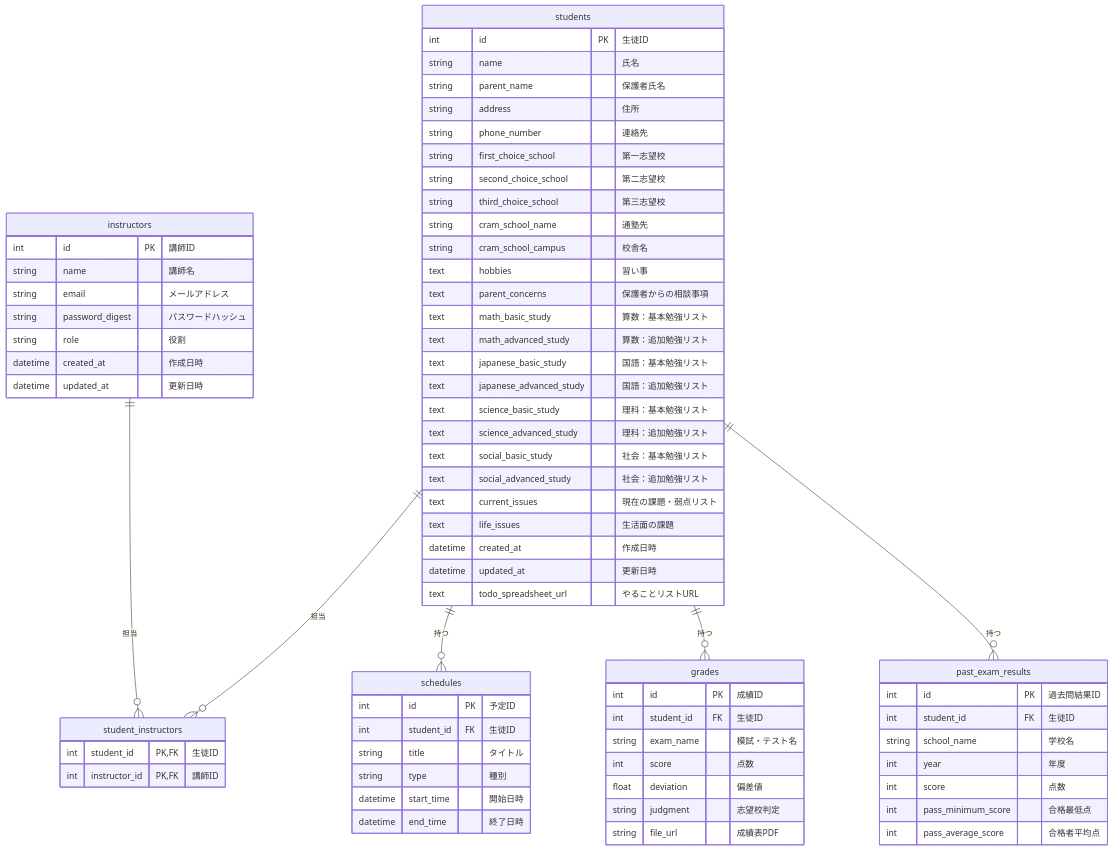
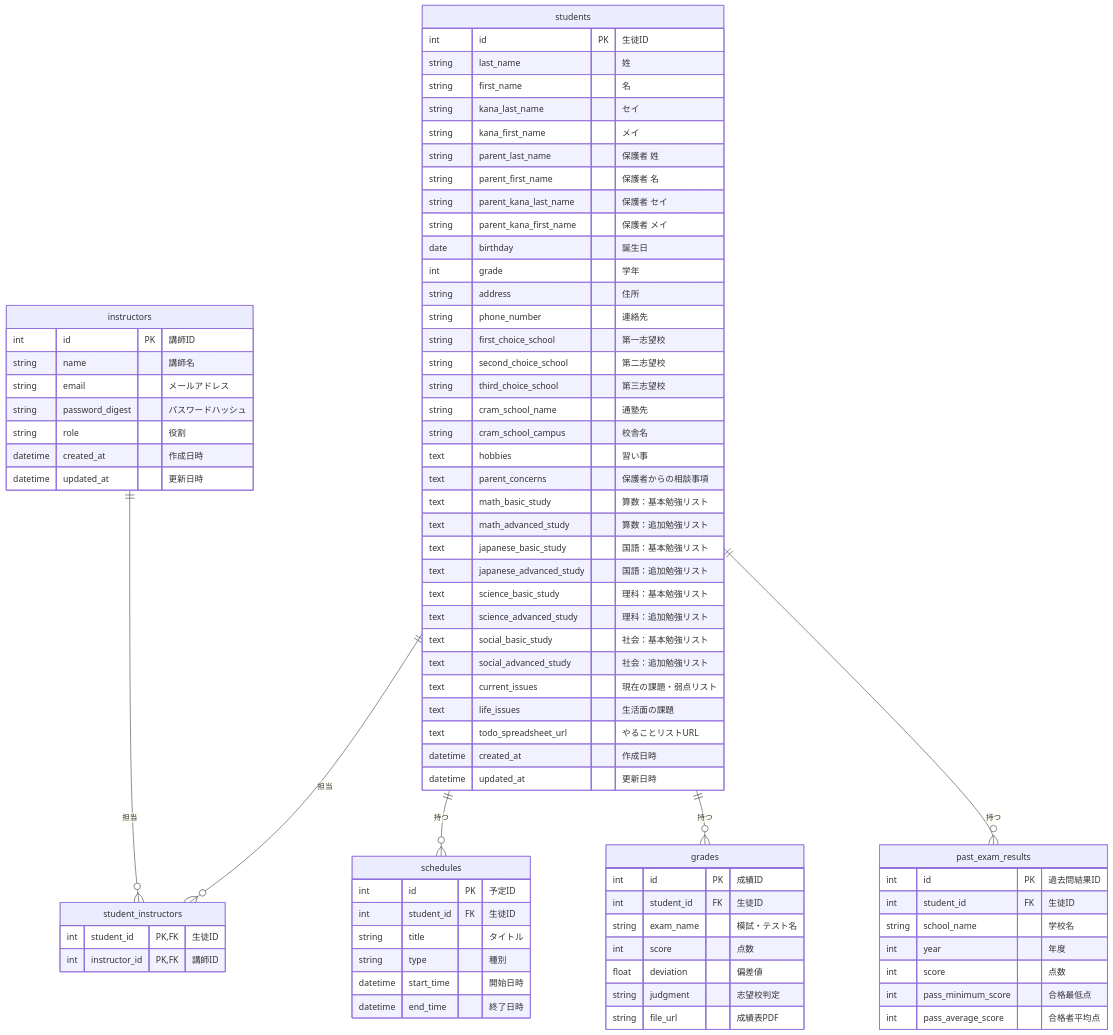
The diagram in docs/architecture/db_schema.md (itsuki2003/TodaiBansou_StuDashboard), drawn with Mermaid before and after one commit.

Commit message:
refactor(db): Refine students table schema

```diff
--- a/docs/architecture/db_schema.md
+++ b/docs/architecture/db_schema.md
@@ -16,8 +16,16 @@
 
     students {
         int id PK "生徒ID"
-        string name "氏名"
-        string parent_name "保護者氏名"
+        string last_name "姓"
+        string first_name "名"
+        string kana_last_name "セイ"
+        string kana_first_name "メイ"
+        string parent_last_name "保護者 姓"
+        string parent_first_name "保護者 名"
+        string parent_kana_last_name "保護者 セイ"
+        string parent_kana_first_name "保護者 メイ"
+        date birthday "誕生日"
+        int grade "学年"
         string address "住所"
         string phone_number "連絡先"
         string first_choice_school "第一志望校"
@@ -37,9 +45,9 @@
         text social_advanced_study "社会：追加勉強リスト"
         text current_issues "現在の課題・弱点リスト"
         text life_issues "生活面の課題"
+        text todo_spreadsheet_url "やることリストURL"
         datetime created_at "作成日時"
         datetime updated_at "更新日時"
-        text todo_spreadsheet_url "やることリストURL"
     }
 
     schedules {
```
